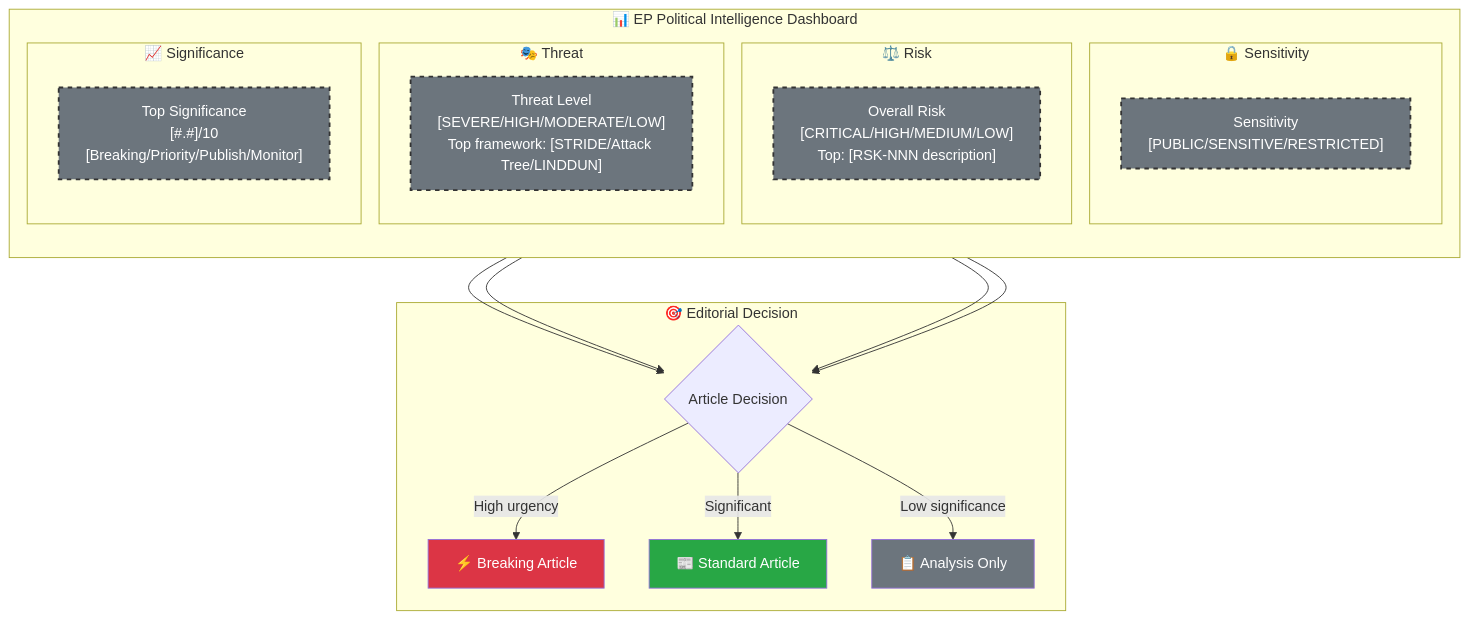
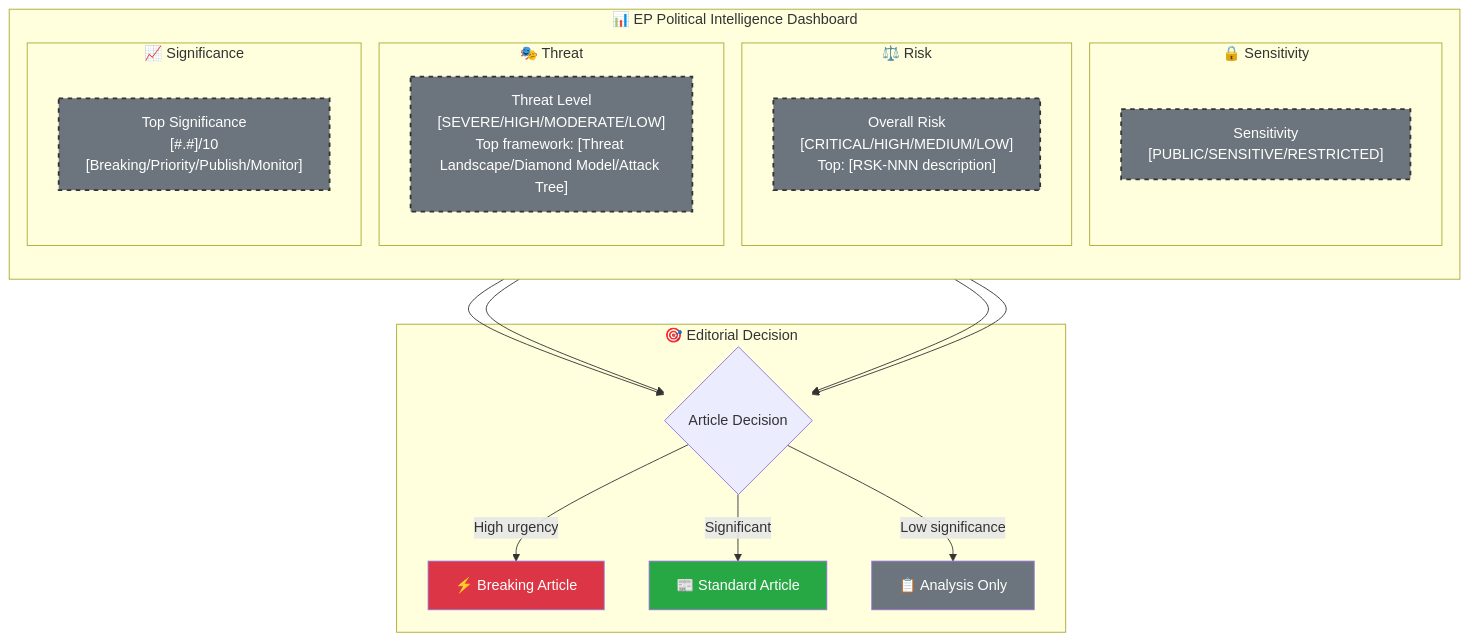
One commit to Hack23/euparliamentmonitor changed the first of 2 diagrams in analysis/templates/synthesis-summary.md. Above: the diagram before and after it, drawn with Mermaid. The commit also changed other lines of this file and 3 other files, not shown here.

First line of the commit message:
Remove STRIDE from methodologies and templates, replace with Political Threat Landscape

````diff
--- a/analysis/templates/synthesis-summary.md
+++ b/analysis/templates/synthesis-summary.md
@@ -49,43 +49,43 @@
 ```mermaid
 graph TD
     subgraph "📊 EP Political Intelligence Dashboard"
         direction TB
         subgraph "🔒 Sensitivity"
             CLS["Sensitivity<br/>[PUBLIC/SENSITIVE/RESTRICTED]"]
         end
         subgraph "⚖️ Risk"
             RSK["Overall Risk<br/>[CRITICAL/HIGH/MEDIUM/LOW]<br/>Top: [RSK-NNN description]"]
         end
         subgraph "🎭 Threat"
-            THR["Threat Level<br/>[SEVERE/HIGH/MODERATE/LOW]<br/>Top framework: [STRIDE/Attack Tree/LINDDUN]"]
+            THR["Threat Level<br/>[SEVERE/HIGH/MODERATE/LOW]<br/>Top framework: [Threat Landscape/Diamond Model/Attack Tree]"]
         end
         subgraph "📈 Significance"
             SIG["Top Significance<br/>[#.#]/10<br/>[Breaking/Priority/Publish/Monitor]"]
         end
     end
 
     subgraph "🎯 Editorial Decision"
         DEC{Article Decision}
         DEC -->|"High urgency"| BRK["⚡ Breaking Article"]
         DEC -->|"Significant"| STD["📰 Standard Article"]
         DEC -->|"Low significance"| MON["📋 Analysis Only"]
     end
 
     CLS --> DEC
     RSK --> DEC
     THR --> DEC
     SIG --> DEC
 
     style CLS fill:#6c757d,stroke:#333,stroke-width:2px,stroke-dasharray:5 5,color:#fff
     style RSK fill:#6c757d,stroke:#333,stroke-width:2px,stroke-dasharray:5 5,color:#fff
     style THR fill:#6c757d,stroke:#333,stroke-width:2px,stroke-dasharray:5 5,color:#fff
     style SIG fill:#6c757d,stroke:#333,stroke-width:2px,stroke-dasharray:5 5,color:#fff
 
     %% ⚠️ AI Agent: When filling actual values, replace grey dashed styles above
     %% with appropriate level colours from the standard palette:
     %% CRITICAL/RESTRICTED: fill:#dc3545  HIGH/SENSITIVE: fill:#fd7e14
     %% MEDIUM: fill:#ffc107  LOW/PUBLIC: fill:#28a745
     style BRK fill:#dc3545,color:#fff
     style STD fill:#28a745,color:#fff
     style MON fill:#6c757d,color:#fff
 ```
````
